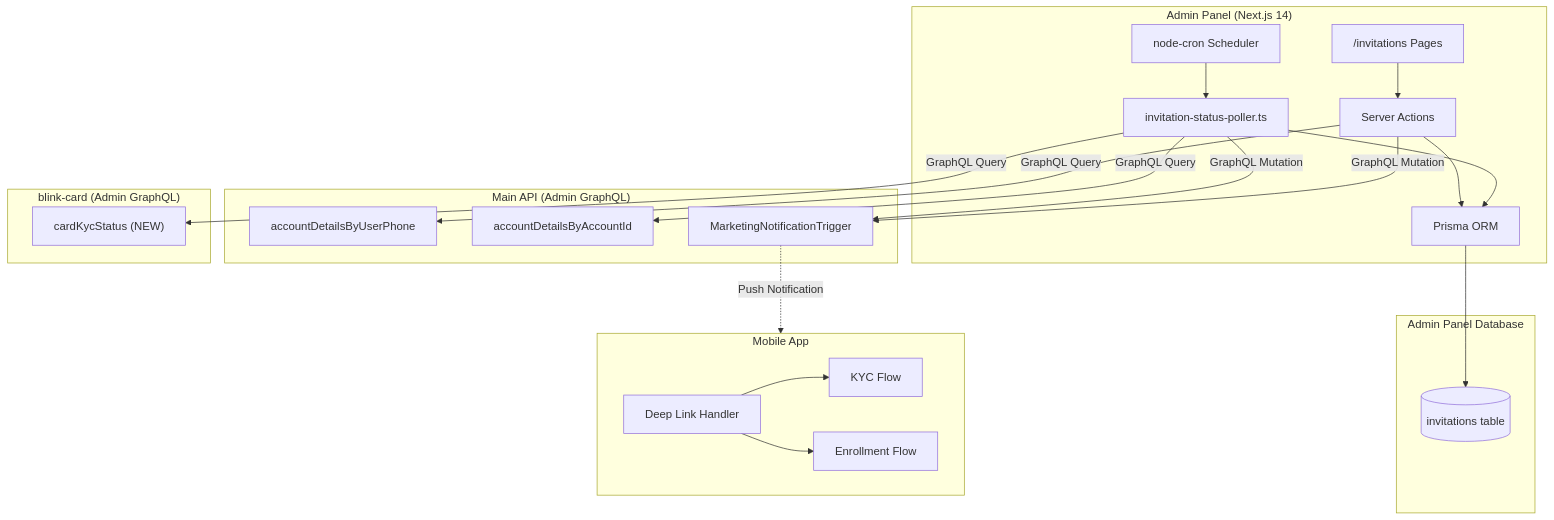
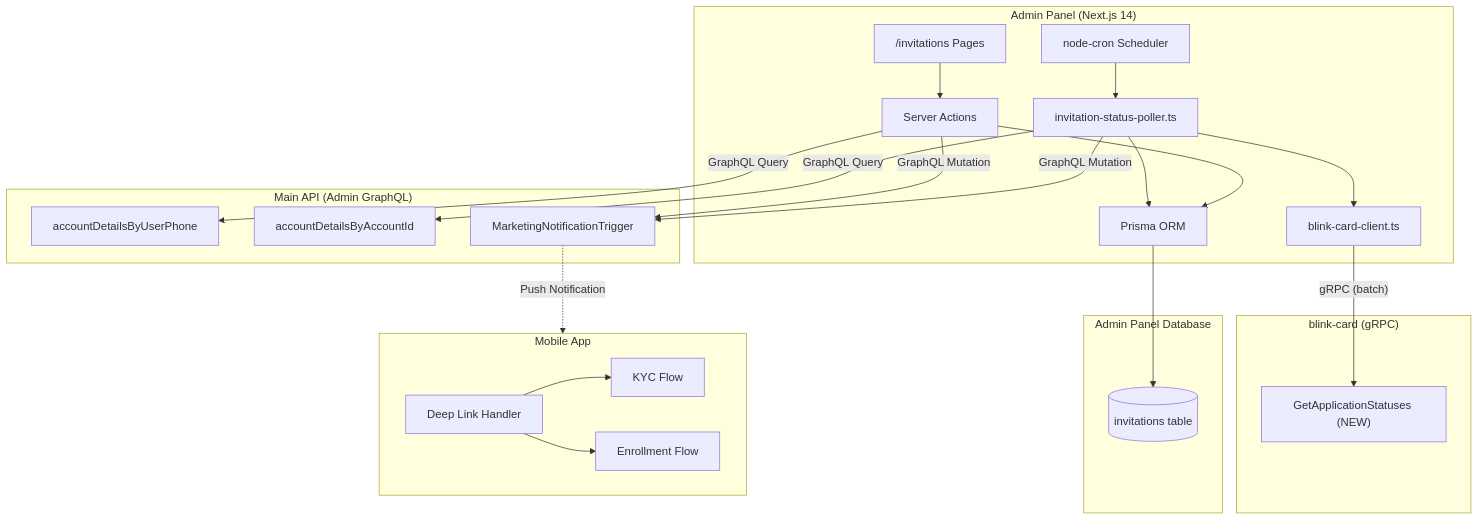
Before and after one commit to blinkbitcoin/blink: the first of 7 diagrams in docs/bmad/tech-spec-program-invitation-system.md, drawn with Mermaid. The commit also changed other lines of this file and 3 other files, not shown here.

````diff
--- a/docs/bmad/tech-spec-program-invitation-system.md
+++ b/docs/bmad/tech-spec-program-invitation-system.md
@@ -78,47 +77,49 @@
 ```mermaid
 flowchart TB
     subgraph AdminPanel["Admin Panel (Next.js 14)"]
         Pages["/invitations Pages"]
         Actions["Server Actions"]
         Prisma["Prisma ORM"]
         Cron["node-cron Scheduler"]
         Poller["invitation-status-poller.ts"]
+        GrpcClient["blink-card-client.ts"]
     end
 
     subgraph Database["Admin Panel Database"]
         InvTable[("invitations table")]
     end
 
     subgraph MainAPI["Main API (Admin GraphQL)"]
         UserSearch["accountDetailsByUserPhone"]
         L2Status["accountDetailsByAccountId"]
         NotifMutation["MarketingNotificationTrigger"]
     end
 
-    subgraph BlinkCard["blink-card (Admin GraphQL)"]
-        CardKYC["cardKycStatus (NEW)"]
+    subgraph BlinkCard["blink-card (gRPC)"]
+        CardKYC["GetApplicationStatuses (NEW)"]
     end
 
     subgraph Mobile["Mobile App"]
         DeepLink["Deep Link Handler"]
         KYCFlow["KYC Flow"]
         EnrollFlow["Enrollment Flow"]
     end
 
     Pages --> Actions
     Actions --> Prisma
     Prisma --> InvTable
 
     Cron --> Poller
     Poller --> Prisma
     Poller -->|"GraphQL Query"| L2Status
-    Poller -->|"GraphQL Query"| CardKYC
+    Poller --> GrpcClient
+    GrpcClient -->|"gRPC (batch)"| CardKYC
     Poller -->|"GraphQL Mutation"| NotifMutation
 
     Actions -->|"GraphQL Query"| UserSearch
     Actions -->|"GraphQL Mutation"| NotifMutation
 
     NotifMutation -.->|"Push Notification"| Mobile
     DeepLink --> KYCFlow
     DeepLink --> EnrollFlow
 ```
````
